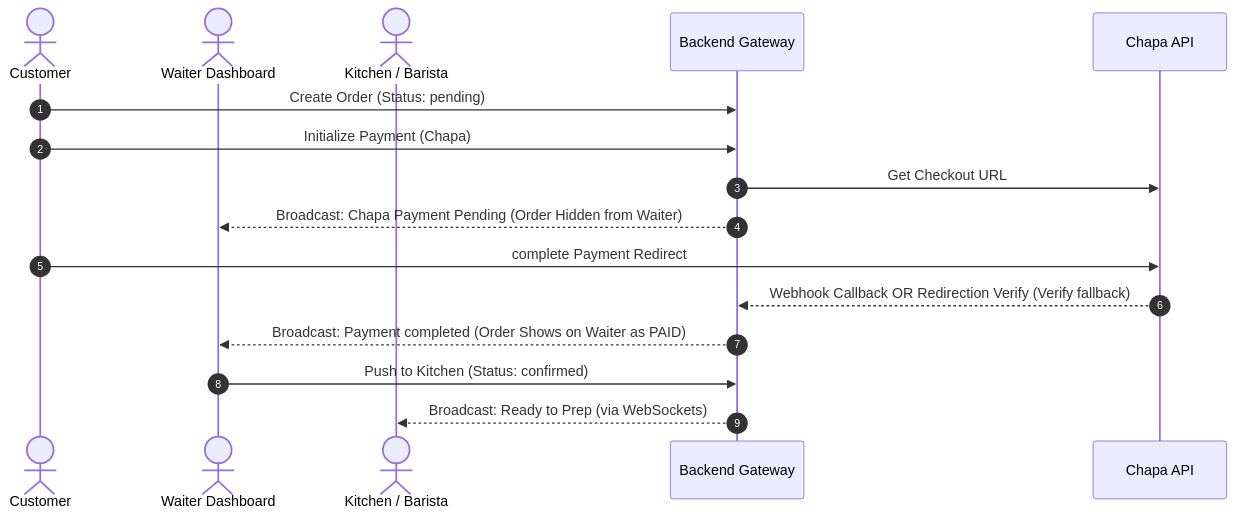
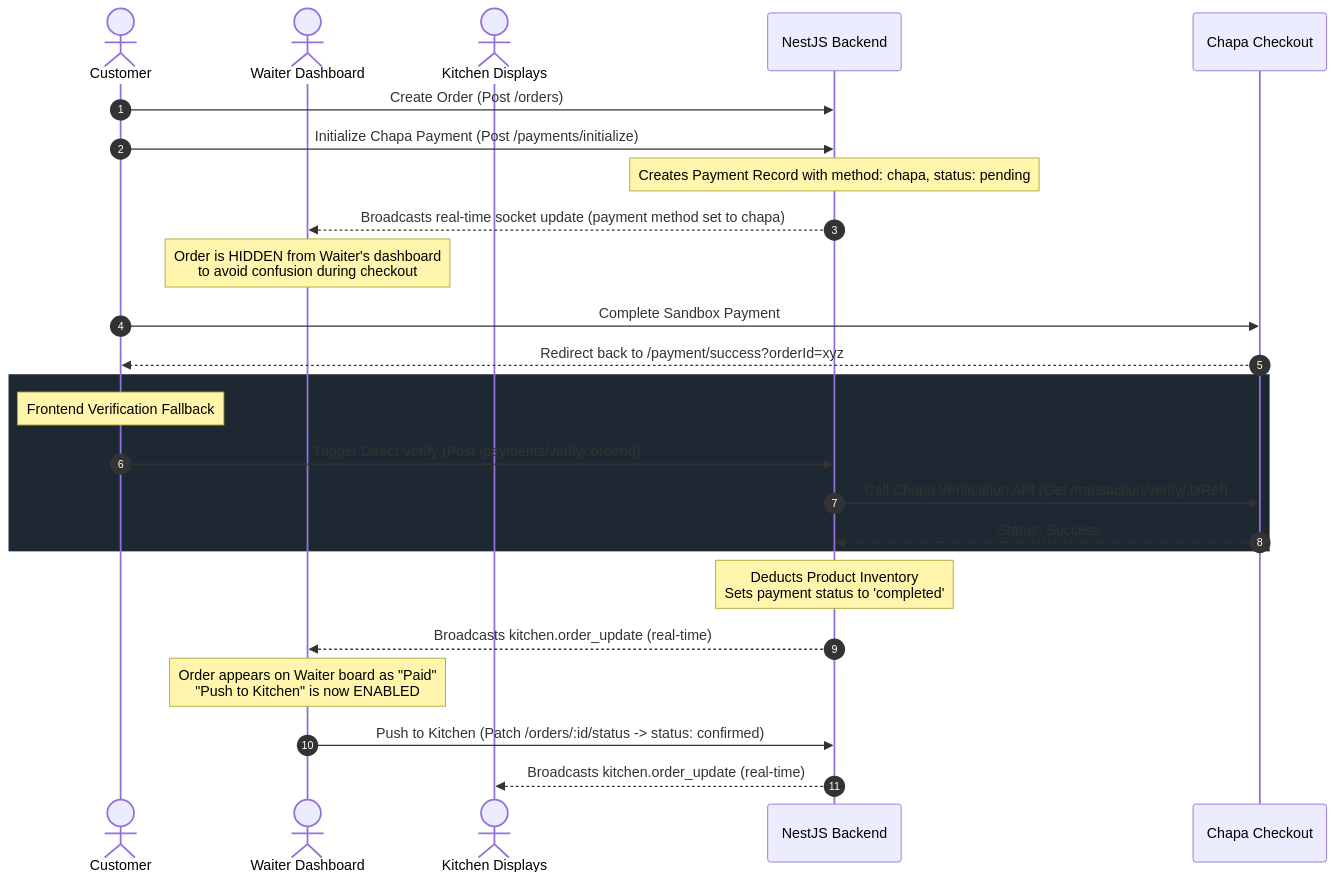
The third of 3 diagrams in README.md (moges741/cafe-management), drawn with Mermaid before and after one commit. The commit also changed other lines of this file, not shown here.

````diff
--- a/README.md
+++ b/README.md
@@ -80,19 +74,30 @@
 ```mermaid
 sequenceDiagram
     autonumber
     actor Customer
     actor Waiter as Waiter Dashboard
-    actor Kitchen as Kitchen / Barista
-    participant Backend as Backend Gateway
-    participant Chapa as Chapa API
+    actor Kitchen as Kitchen Displays
+    participant Backend as NestJS Backend
+    participant Chapa as Chapa Checkout
 
-    Customer->>Backend: Create Order (Status: pending)
-    Customer->>Backend: Initialize Payment (Chapa)
-    Backend->>Chapa: Get Checkout URL
-    Backend-->>Waiter: Broadcast: Chapa Payment Pending (Order Hidden from Waiter)
-    Customer->>Chapa: complete Payment Redirect
-    Chapa-->>Backend: Webhook Callback OR Redirection Verify (Verify fallback)
-    Backend-->>Waiter: Broadcast: Payment completed (Order Shows on Waiter as PAID)
-    Waiter->>Backend: Push to Kitchen (Status: confirmed)
-    Backend-->>Kitchen: Broadcast: Ready to Prep (via WebSockets)
+    Customer->>Backend: Create Order (Post /orders)
+    Customer->>Backend: Initialize Chapa Payment (Post /payments/initialize)
+    Note over Backend: Creates Payment Record with method: chapa, status: pending
+    Backend-->>Waiter: Broadcasts real-time socket update (payment method set to chapa)
+    Note over Waiter: Order is HIDDEN from Waiter's dashboard<br/>to avoid confusion during checkout
+    Customer->>Chapa: Complete Sandbox Payment
+    Chapa-->>Customer: Redirect back to /payment/success?orderId=xyz
+    
+    rect rgb(30, 40, 50)
+        Note over Customer: Frontend Verification Fallback
+        Customer->>Backend: Trigger Direct Verify (Post /payments/verify/:orderId)
+        Backend->>Chapa: Call Chapa Verification API (Get /transaction/verify/:txRef)
+        Chapa-->>Backend: Status: Success
+    end
+
+    Note over Backend: Deducts Product Inventory<br/>Sets payment status to 'completed'
+    Backend-->>Waiter: Broadcasts kitchen.order_update (real-time)
+    Note over Waiter: Order appears on Waiter board as "Paid"<br/>"Push to Kitchen" is now ENABLED
+    Waiter->>Backend: Push to Kitchen (Patch /orders/:id/status -> status: confirmed)
+    Backend-->>Kitchen: Broadcasts kitchen.order_update (real-time)
 ```
````
